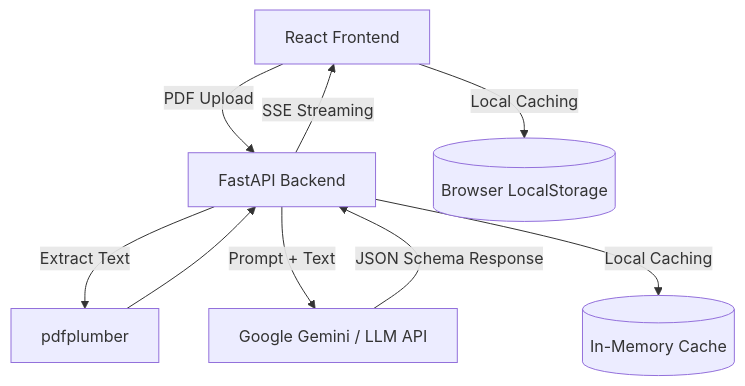
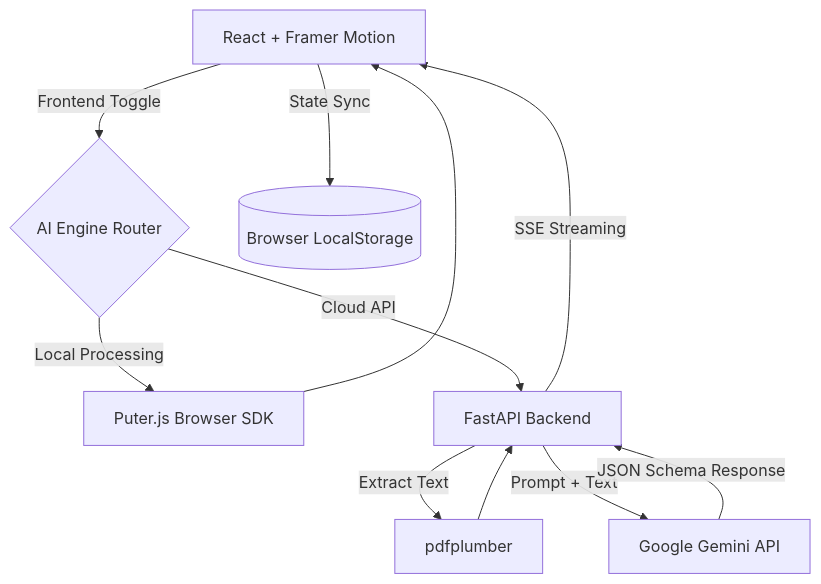
One commit to Mohnish-140605/AI-Powered-Resume-Screener changed the diagram in README.md. Above: the diagram before and after it, drawn with Mermaid. The commit also changed other lines of this file and 11 other files, not shown here.

````diff
--- a/README.md
+++ b/README.md
@@ -16,11 +53,16 @@
 ```mermaid
 graph TD
-    Client[React Frontend] -->|PDF Upload| API[FastAPI Backend]
+    Client[React + Framer Motion] -->|Frontend Toggle| EngineLogic{AI Engine Router}
+    
+    EngineLogic -->|Local Processing| Puter[Puter.js Browser SDK]
+    Puter --> Client
+    
+    EngineLogic -->|Cloud API| API[FastAPI Backend]
     API -->|Extract Text| PyPDF[pdfplumber]
     PyPDF --> API
-    API -->|Prompt + Text| LLM[Google Gemini / LLM API]
-    LLM -->|JSON Schema Response| API
+    API -->|Prompt + Text| Gemini[Google Gemini API]
+    Gemini -->|JSON Schema Response| API
     API -->|SSE Streaming| Client
-    Client -->|Local Caching| Cache[(Browser LocalStorage)]
-    API -->|Local Caching| BackendCache[(In-Memory Cache)]
+    
+    Client -->|State Sync| Cache[(Browser LocalStorage)]
 ```
````
